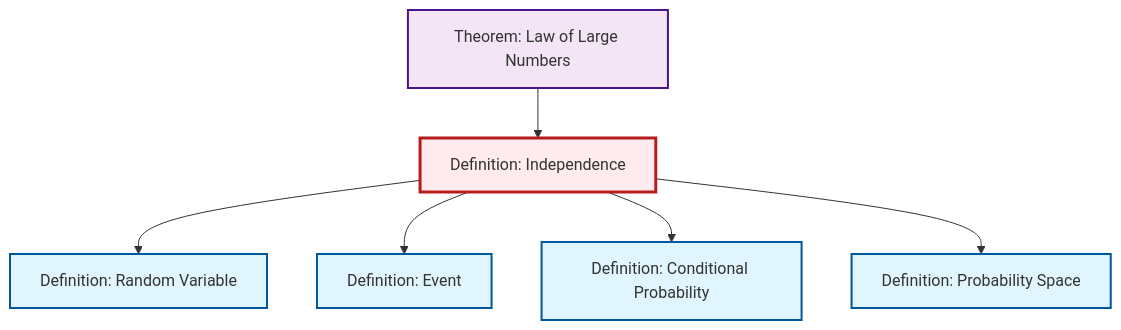
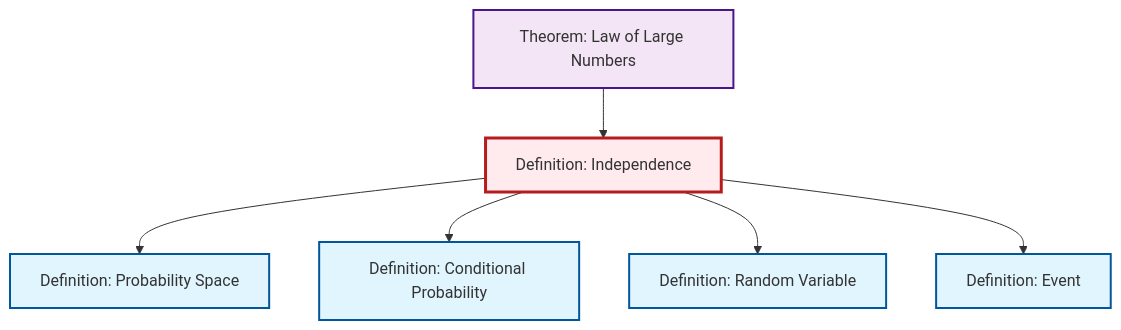
The diagram in content/en/probability-statistics/def-independence.qmd (RK0429/ModernMath), drawn with Mermaid before and after one commit. The commit also changed other lines of this file and 615 other files, not shown here.

````diff
--- a/content/en/probability-statistics/def-independence.qmd
+++ b/content/en/probability-statistics/def-independence.qmd
@@ -113,26 +113,26 @@
 ```{mermaid}
 %%| fig-cap: "Local dependency graph"
 graph TD
     classDef definition fill:#e1f5fe,stroke:#01579b,stroke-width:2px
     classDef theorem fill:#f3e5f5,stroke:#4a148c,stroke-width:2px
     classDef axiom fill:#fff3e0,stroke:#e65100,stroke-width:2px
     classDef example fill:#e8f5e9,stroke:#1b5e20,stroke-width:2px
     classDef current fill:#ffebee,stroke:#b71c1c,stroke-width:3px
+    def-independence["Definition: Independence"]:::definition
+    def-probability-space["Definition: Probability Space"]:::definition
+    def-random-variable["Definition: Random Variable"]:::definition
     thm-law-of-large-numbers["Theorem: Law of Large Numbers"]:::theorem
-    def-random-variable["Definition: Random Variable"]:::definition
     def-event["Definition: Event"]:::definition
-    def-probability-space["Definition: Probability Space"]:::definition
     def-conditional-probability["Definition: Conditional Probability"]:::definition
-    def-independence["Definition: Independence"]:::definition
+    def-independence --> def-probability-space
+    def-independence --> def-conditional-probability
+    def-independence --> def-random-variable
     thm-law-of-large-numbers --> def-independence
-    def-independence --> def-random-variable
     def-independence --> def-event
-    def-independence --> def-conditional-probability
-    def-independence --> def-probability-space
     class def-independence current
+    click def-probability-space "def-probability-space.html" "Go to Probability Space definition"
+    click def-random-variable "def-random-variable.html" "Go to Random Variable definition"
     click thm-law-of-large-numbers "thm-law-of-large-numbers.html" "Go to Law of Large Numbers theorem"
-    click def-random-variable "def-random-variable.html" "Go to Random Variable definition"
     click def-event "def-event.html" "Go to Event definition"
-    click def-probability-space "def-probability-space.html" "Go to Probability Space definition"
     click def-conditional-probability "def-conditional-probability.html" "Go to Conditional Probability definition"
 ```
````
